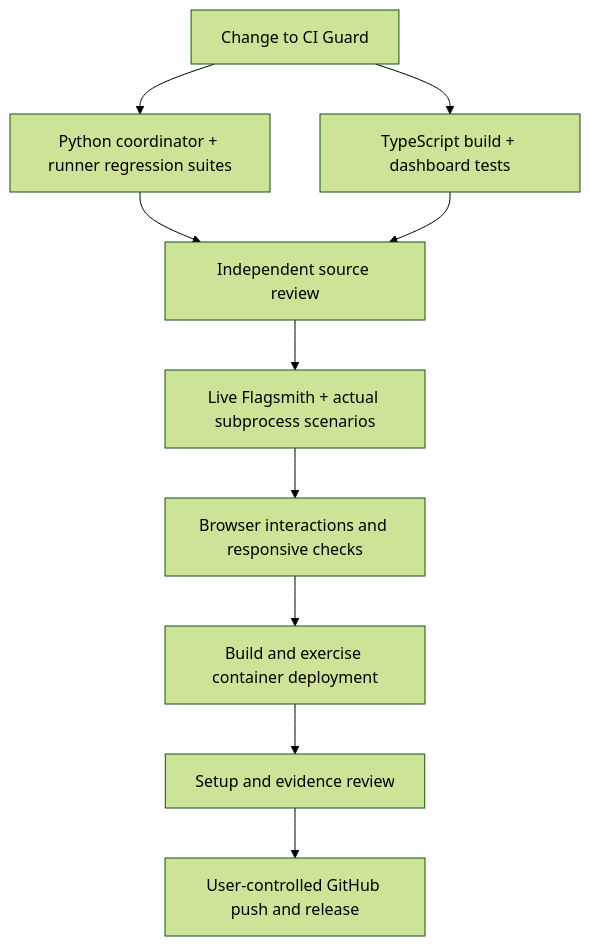
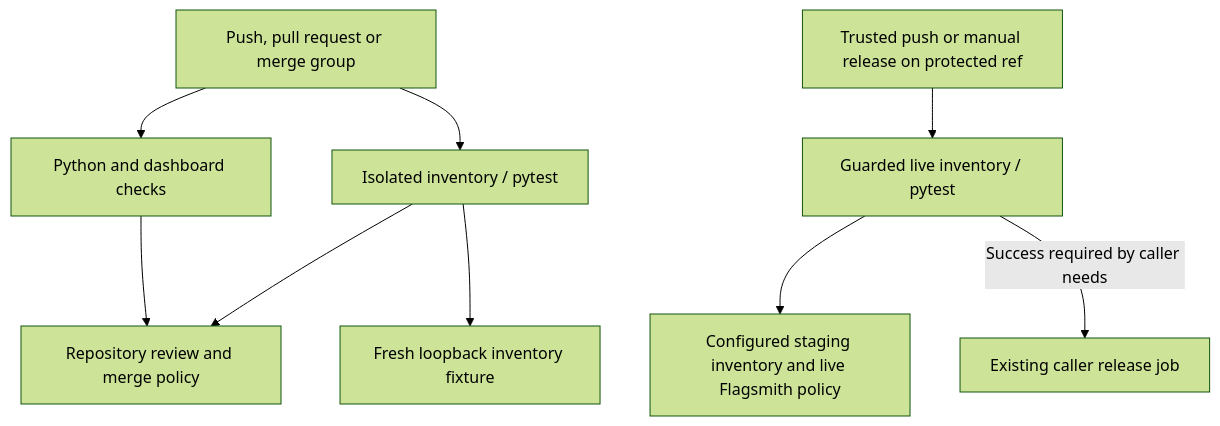
One commit to ayushmanthehero-lab/toggle_wars changed the second of 2 diagrams in docs/ARCHITECTURE.md. Above: the diagram before and after it, drawn with Mermaid (forest theme). The commit also changed other lines of this file and 13 other files, not shown here.

Commit message:
Split isolated PR tests from guarded live release checks

````diff
--- a/docs/ARCHITECTURE.md
+++ b/docs/ARCHITECTURE.md
@@ -25,12 +25,11 @@
 ```mermaid
 flowchart TD
-    Commit[Change to CI Guard] --> Unit[Python coordinator + runner regression suites]
-    Commit --> UI[TypeScript build + dashboard tests]
-    Unit --> Review[Independent source review]
-    UI --> Review
-    Review --> Integration[Live Flagsmith + actual subprocess scenarios]
-    Integration --> Browser[Browser interactions and responsive checks]
-    Browser --> Docker[Build and exercise container deployment]
-    Docker --> Docs[Setup and evidence review]
-    Docs --> Publish[User-controlled GitHub push and release]
+    Candidate[Push, pull request or merge group] --> Unit[Python and dashboard checks]
+    Candidate --> Isolated[Isolated inventory / pytest]
+    Isolated --> Loopback[Fresh loopback inventory fixture]
+    Unit --> Decision[Repository review and merge policy]
+    Isolated --> Decision
+    Trusted[Trusted push or manual release on protected ref] --> Smoke[Guarded live inventory / pytest]
+    Smoke --> Staging[Configured staging inventory and live Flagsmith policy]
+    Smoke -->|Success required by caller needs| Release[Existing caller release job]
 ```
````
